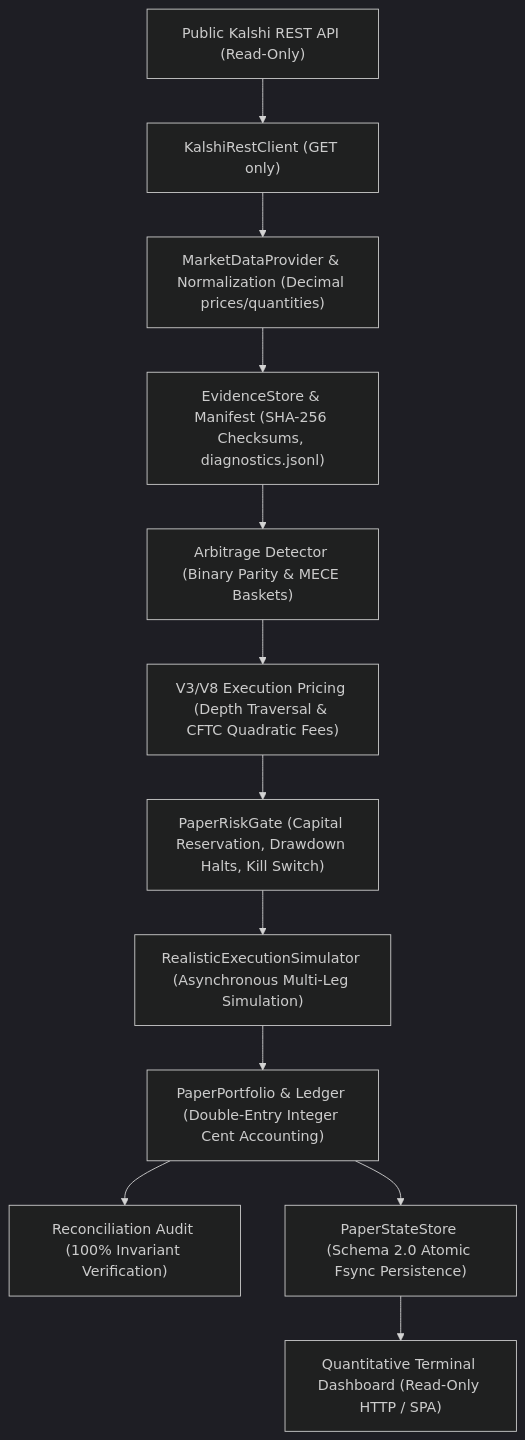
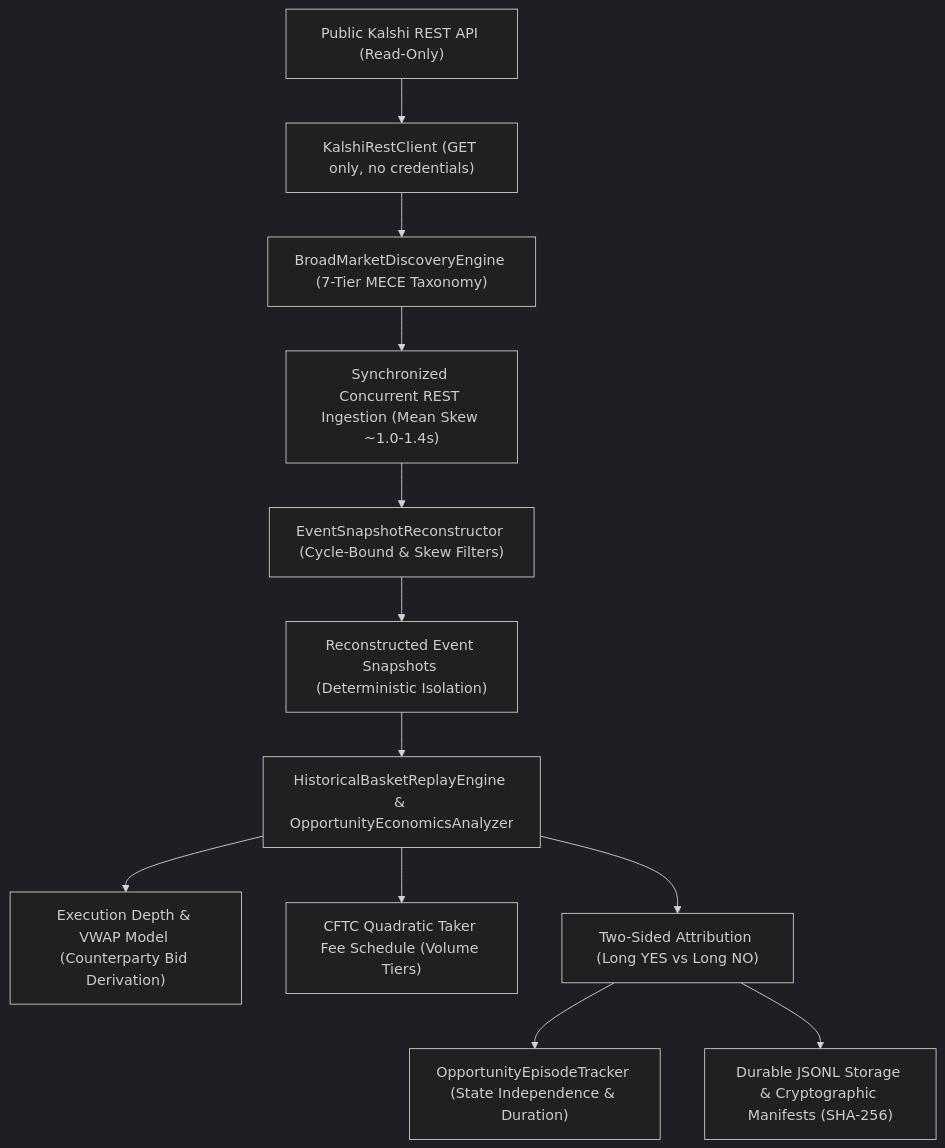
The diagram in README.md (vikramaditya7z/engine-kal-t-1), drawn with Mermaid (dark theme) before and after one commit. The commit also changed other lines of this file and 41 other files, not shown here.

````diff
--- a/README.md
+++ b/README.md
@@ -63,14 +22,14 @@
 ```mermaid
 flowchart TD
-    A["Public Kalshi REST API (Read-Only)"] --> B["KalshiRestClient (GET only)"]
-    B --> C["MarketDataProvider & Normalization (Decimal prices/quantities)"]
-    C --> D["EvidenceStore & Manifest (SHA-256 Checksums, diagnostics.jsonl)"]
-    D --> E["Arbitrage Detector (Binary Parity & MECE Baskets)"]
-    E --> F["V3/V8 Execution Pricing (Depth Traversal & CFTC Quadratic Fees)"]
-    F --> G["PaperRiskGate (Capital Reservation, Drawdown Halts, Kill Switch)"]
-    G --> H["RealisticExecutionSimulator (Asynchronous Multi-Leg Simulation)"]
-    H --> I["PaperPortfolio & Ledger (Double-Entry Integer Cent Accounting)"]
-    I --> J["Reconciliation Audit (100% Invariant Verification)"]
-    I --> K["PaperStateStore (Schema 2.0 Atomic Fsync Persistence)"]
-    K --> L["Quantitative Terminal Dashboard (Read-Only HTTP / SPA)"]
+    A["Public Kalshi REST API (Read-Only)"] --> B["KalshiRestClient (GET only, no credentials)"]
+    B --> C["BroadMarketDiscoveryEngine (7-Tier MECE Taxonomy)"]
+    C --> D["Synchronized Concurrent REST Ingestion (Mean Skew ~1.0-1.4s)"]
+    D --> E["EventSnapshotReconstructor (Cycle-Bound & Skew Filters)"]
+    E --> F["Reconstructed Event Snapshots (Deterministic Isolation)"]
+    F --> G["HistoricalBasketReplayEngine & OpportunityEconomicsAnalyzer"]
+    G --> H["Execution Depth & VWAP Model (Counterparty Bid Derivation)"]
+    G --> I["CFTC Quadratic Taker Fee Schedule (Volume Tiers)"]
+    G --> J["Two-Sided Attribution (Long YES vs Long NO)"]
+    J --> K["OpportunityEpisodeTracker (State Independence & Duration)"]
+    J --> L["Durable JSONL Storage & Cryptographic Manifests (SHA-256)"]
 ```
````
